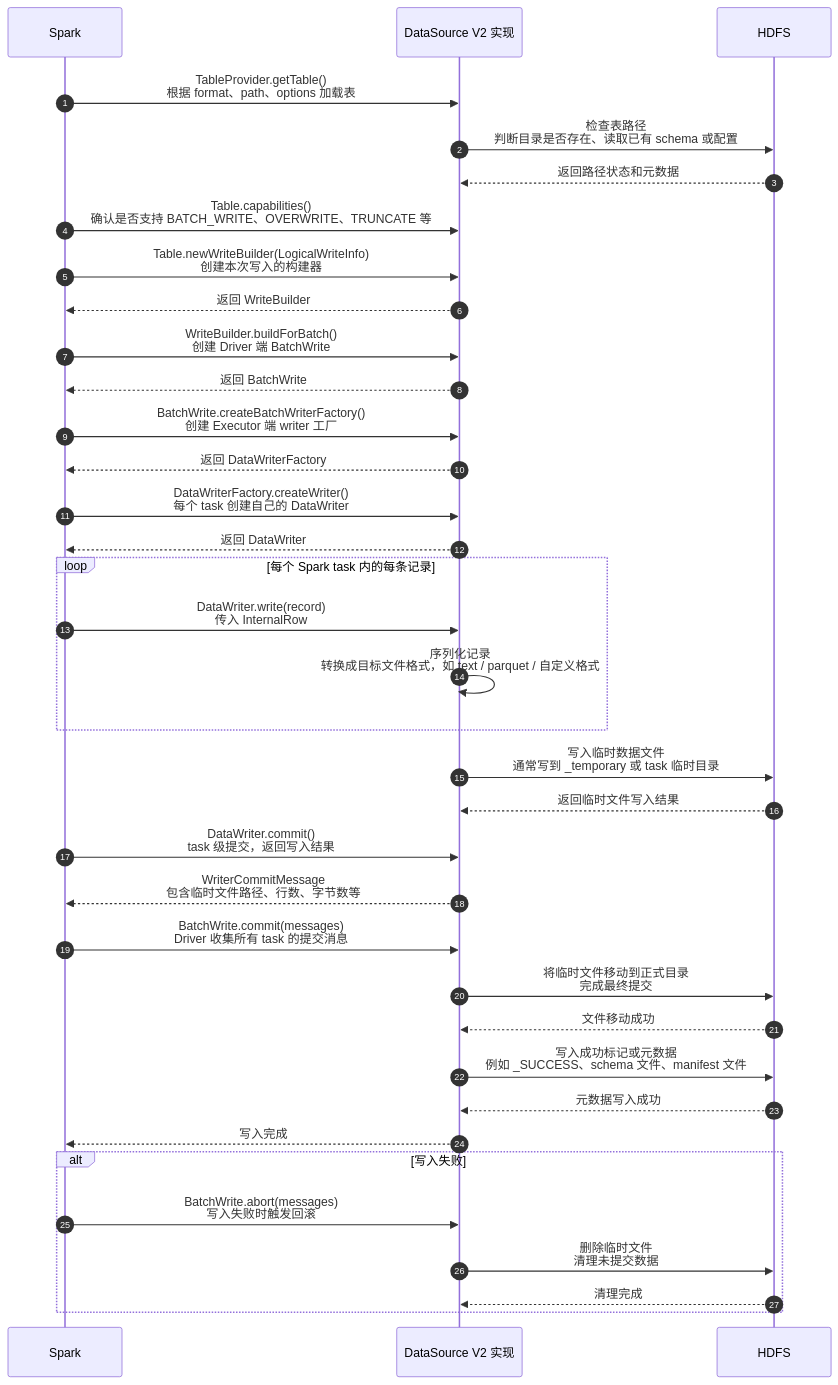
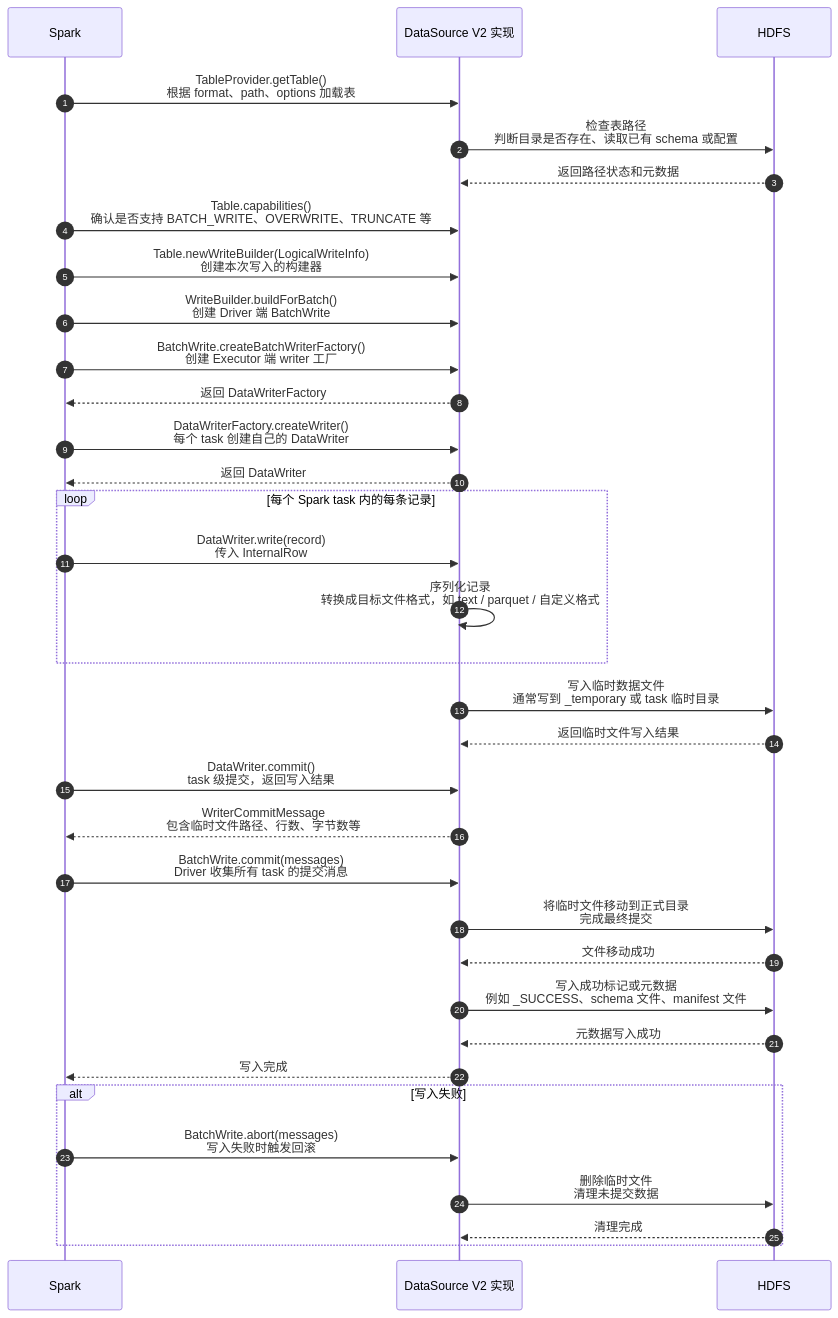
The diagram in all/未命名-9.md (HY-10-8/iodraw-files), drawn with Mermaid before and after one commit.

Commit message:
2026-04-18 15:37:52 update

````diff
--- a/all/未命名-9.md
+++ b/all/未命名-9.md
@@ -1,52 +1,50 @@
 ```mermaid
 sequenceDiagram
     autonumber
 
     participant Spark
     participant DSv2 as DataSource V2 实现
     participant HDFS
 
     Spark ->> DSv2: TableProvider.getTable()<br/>根据 format、path、options 加载表
     DSv2 ->> HDFS: 检查表路径<br/>判断目录是否存在、读取已有 schema 或配置
     HDFS -->> DSv2: 返回路径状态和元数据
 
     Spark ->> DSv2: Table.capabilities()<br/>确认是否支持 BATCH_WRITE、OVERWRITE、TRUNCATE 等
 
     Spark ->> DSv2: Table.newWriteBuilder(LogicalWriteInfo)<br/>创建本次写入的构建器
-    DSv2 -->> Spark: 返回 WriteBuilder
 
     Spark ->> DSv2: WriteBuilder.buildForBatch()<br/>创建 Driver 端 BatchWrite
-    DSv2 -->> Spark: 返回 BatchWrite
 
     Spark ->> DSv2: BatchWrite.createBatchWriterFactory()<br/>创建 Executor 端 writer 工厂
     DSv2 -->> Spark: 返回 DataWriterFactory
 
     Spark ->> DSv2: DataWriterFactory.createWriter()<br/>每个 task 创建自己的 DataWriter
     DSv2 -->> Spark: 返回 DataWriter
 
     loop 每个 Spark task 内的每条记录
         Spark ->> DSv2: DataWriter.write(record)<br/>传入 InternalRow
         DSv2 ->> DSv2: 序列化记录<br/>转换成目标文件格式，如 text / parquet / 自定义格式
     end
 
     DSv2 ->> HDFS: 写入临时数据文件<br/>通常写到 _temporary 或 task 临时目录
     HDFS -->> DSv2: 返回临时文件写入结果
 
     Spark ->> DSv2: DataWriter.commit()<br/>task 级提交，返回写入结果
     DSv2 -->> Spark: WriterCommitMessage<br/>包含临时文件路径、行数、字节数等
 
     Spark ->> DSv2: BatchWrite.commit(messages)<br/>Driver 收集所有 task 的提交消息
     DSv2 ->> HDFS: 将临时文件移动到正式目录<br/>完成最终提交
     HDFS -->> DSv2: 文件移动成功
 
     DSv2 ->> HDFS: 写入成功标记或元数据<br/>例如 _SUCCESS、schema 文件、manifest 文件
     HDFS -->> DSv2: 元数据写入成功
 
     DSv2 -->> Spark: 写入完成
 
     alt 写入失败
         Spark ->> DSv2: BatchWrite.abort(messages)<br/>写入失败时触发回滚
         DSv2 ->> HDFS: 删除临时文件<br/>清理未提交数据
         HDFS -->> DSv2: 清理完成
     end
 ```
````
